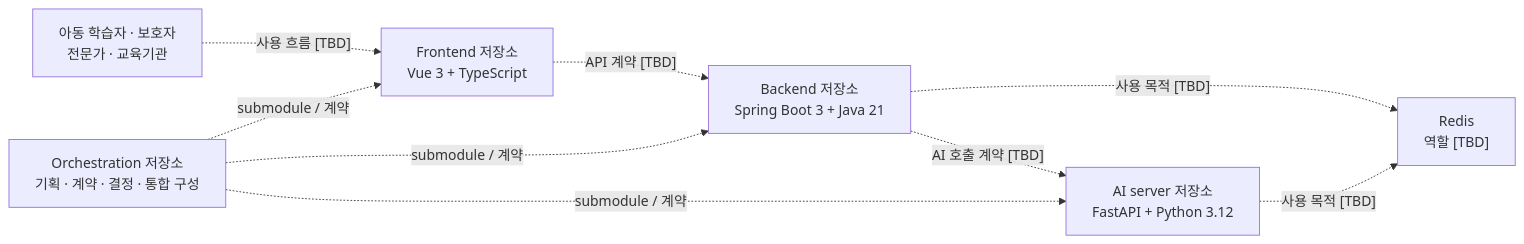
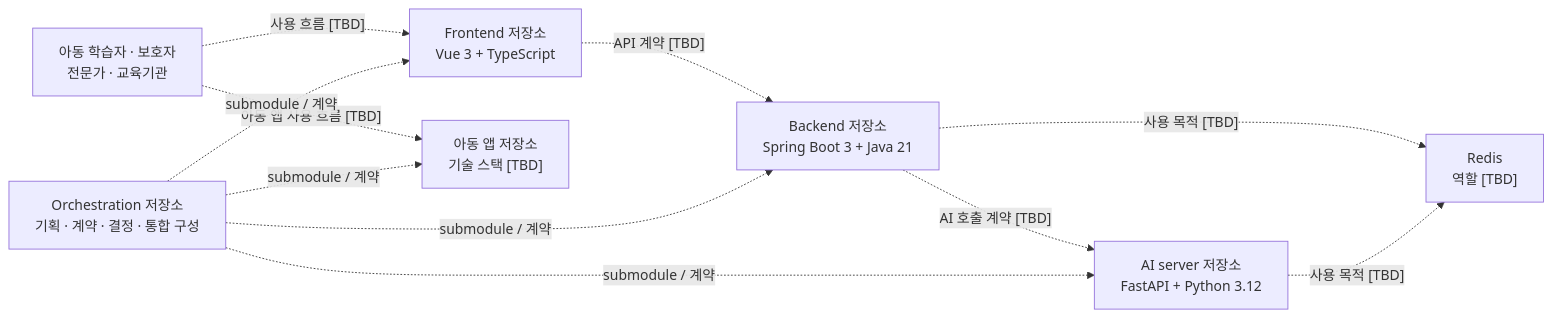
One commit to iRead-B105/iRead changed the diagram in docs/architecture/system-context.md. Above: the diagram before and after it, drawn with Mermaid. The commit also changed other lines of this file and 10 other files, not shown here.

Commit message:
chore(submodule): 아동 앱 저장소 연결

````diff
--- a/docs/architecture/system-context.md
+++ b/docs/architecture/system-context.md
@@ -8,18 +8,21 @@
 ```mermaid
 flowchart LR
     U["아동 학습자 · 보호자<br/>전문가 · 교육기관"]
     F["Frontend 저장소<br/>Vue 3 + TypeScript"]
+    P["아동 앱 저장소<br/>기술 스택 [TBD]"]
     B["Backend 저장소<br/>Spring Boot 3 + Java 21"]
     A["AI server 저장소<br/>FastAPI + Python 3.12"]
     R["Redis<br/>역할 [TBD]"]
     O["Orchestration 저장소<br/>기획 · 계약 · 결정 · 통합 구성"]
 
     U -. "사용 흐름 [TBD]" .-> F
+    U -. "아동 앱 사용 흐름 [TBD]" .-> P
     F -. "API 계약 [TBD]" .-> B
     B -. "AI 호출 계약 [TBD]" .-> A
     B -. "사용 목적 [TBD]" .-> R
     A -. "사용 목적 [TBD]" .-> R
     O -. "submodule / 계약" .-> F
     O -. "submodule / 계약" .-> B
     O -. "submodule / 계약" .-> A
+    O -. "submodule / 계약" .-> P
 ```
````
